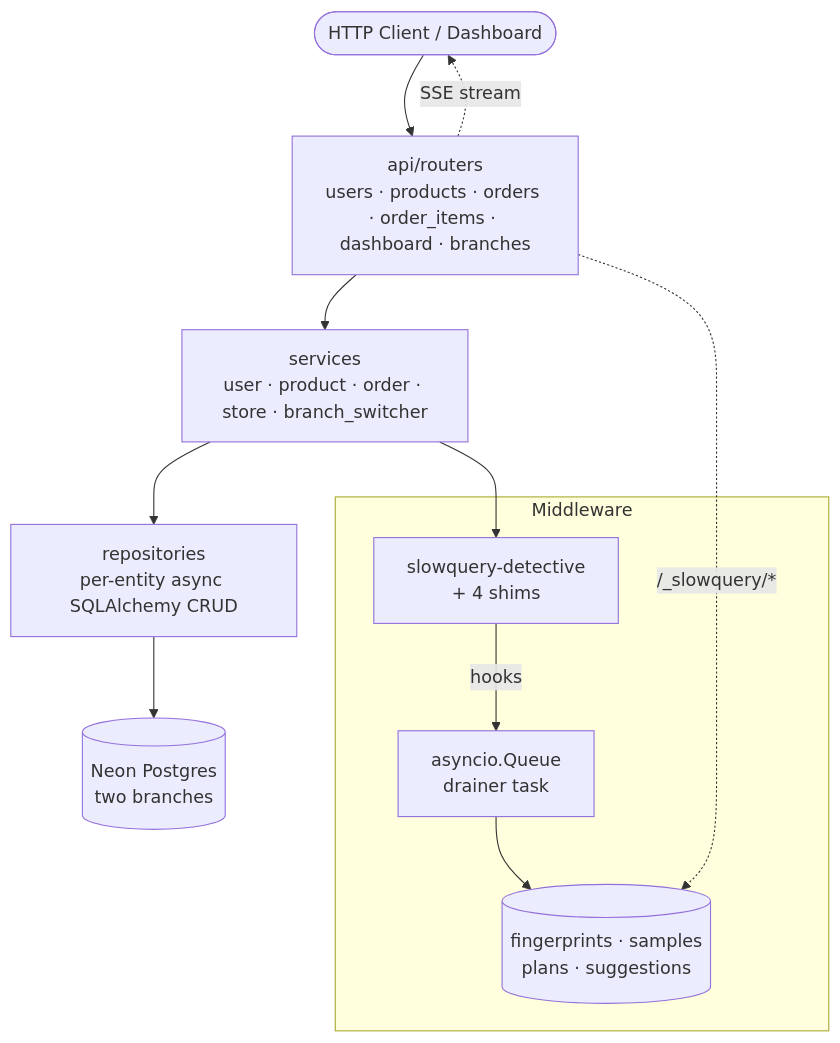
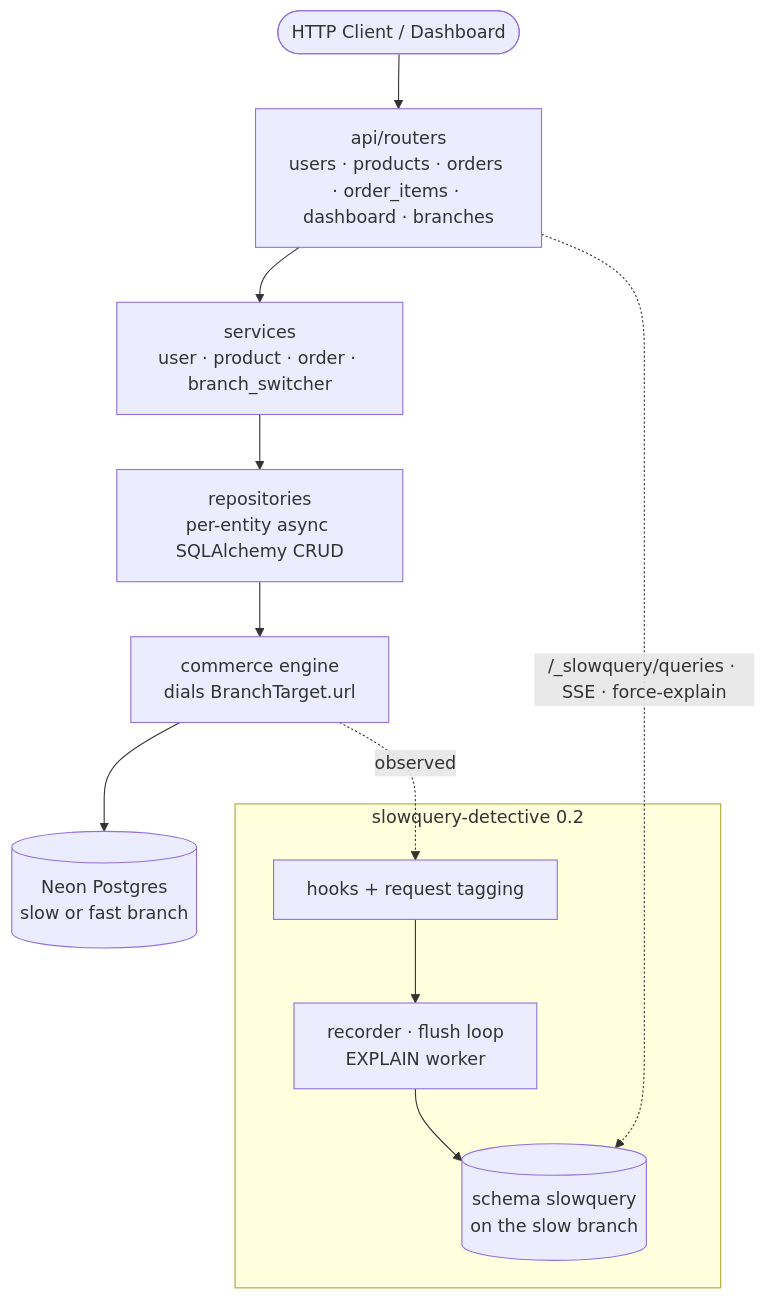
Before and after one commit to Abdul-Muizz1310/slowquery-demo-backend: the first of 2 diagrams in README.md, drawn with Mermaid. The commit also changed other lines of this file and 48 other files, not shown here.

First line of the commit message:
feat(observability): move onto slowquery-detective 0.2

````diff
--- a/README.md
+++ b/README.md
@@ -95,16 +90,16 @@
 ```mermaid
 flowchart TD
     Client([HTTP Client / Dashboard]) --> Routers[api/routers<br/>users · products · orders · order_items · dashboard · branches]
-    Routers --> Services[services<br/>user · product · order · store · branch_switcher]
+    Routers --> Services[services<br/>user · product · order · branch_switcher]
     Services --> Repos[repositories<br/>per-entity async SQLAlchemy CRUD]
-    Repos --> Neon[(Neon Postgres<br/>two branches)]
+    Repos --> Engine[commerce engine<br/>dials BranchTarget.url]
+    Engine --> Neon[(Neon Postgres<br/>slow or fast branch)]
 
-    subgraph Middleware
-        MW[slowquery-detective<br/>+ 4 shims] -->|hooks| Queue[asyncio.Queue<br/>drainer task]
-        Queue --> Bookkeeping[(fingerprints · samples<br/>plans · suggestions)]
+    subgraph Library[slowquery-detective 0.2]
+        Hooks[hooks + request tagging] --> Runtime[recorder · flush loop<br/>EXPLAIN worker]
+        Runtime --> Store[(schema slowquery<br/>on the slow branch)]
     end
 
-    Routers -.->|/_slowquery/*| Bookkeeping
-    Routers -.->|SSE stream| Client
-    Services --> MW
+    Engine -.->|observed| Hooks
+    Routers -.->|/_slowquery/queries · SSE · force-explain| Store
 ```
````
